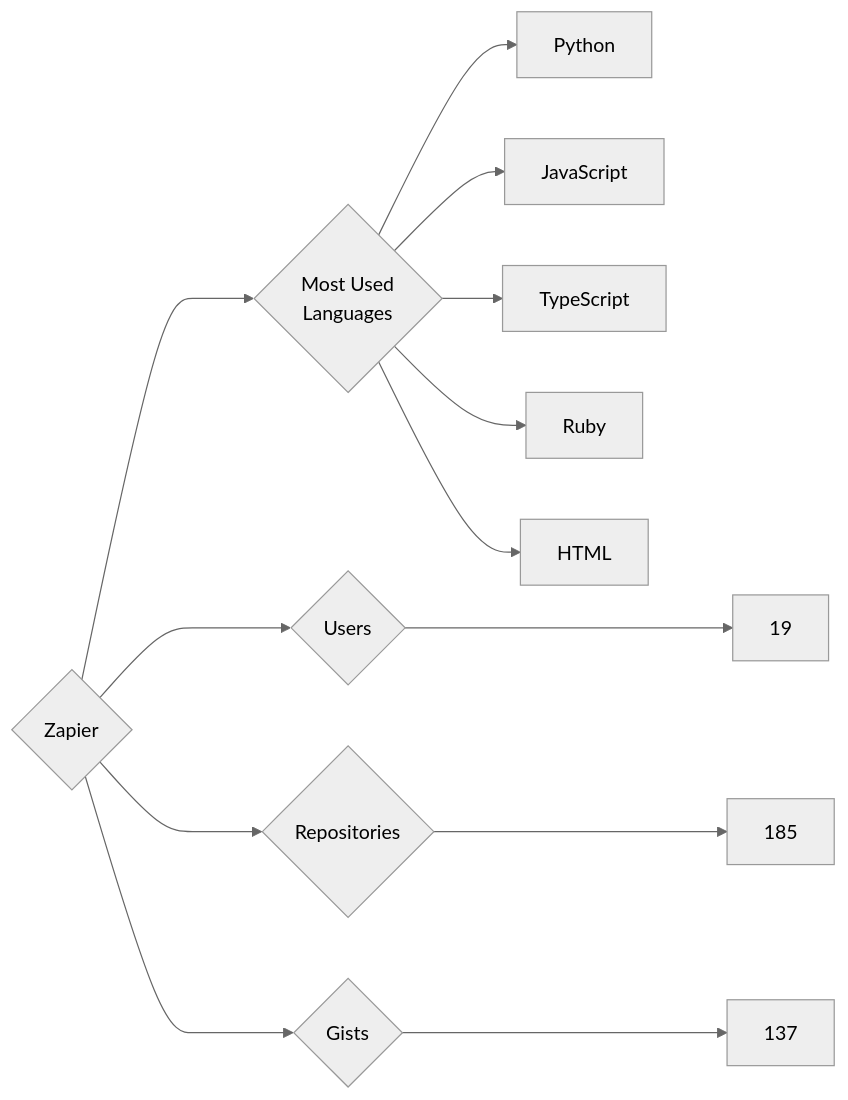
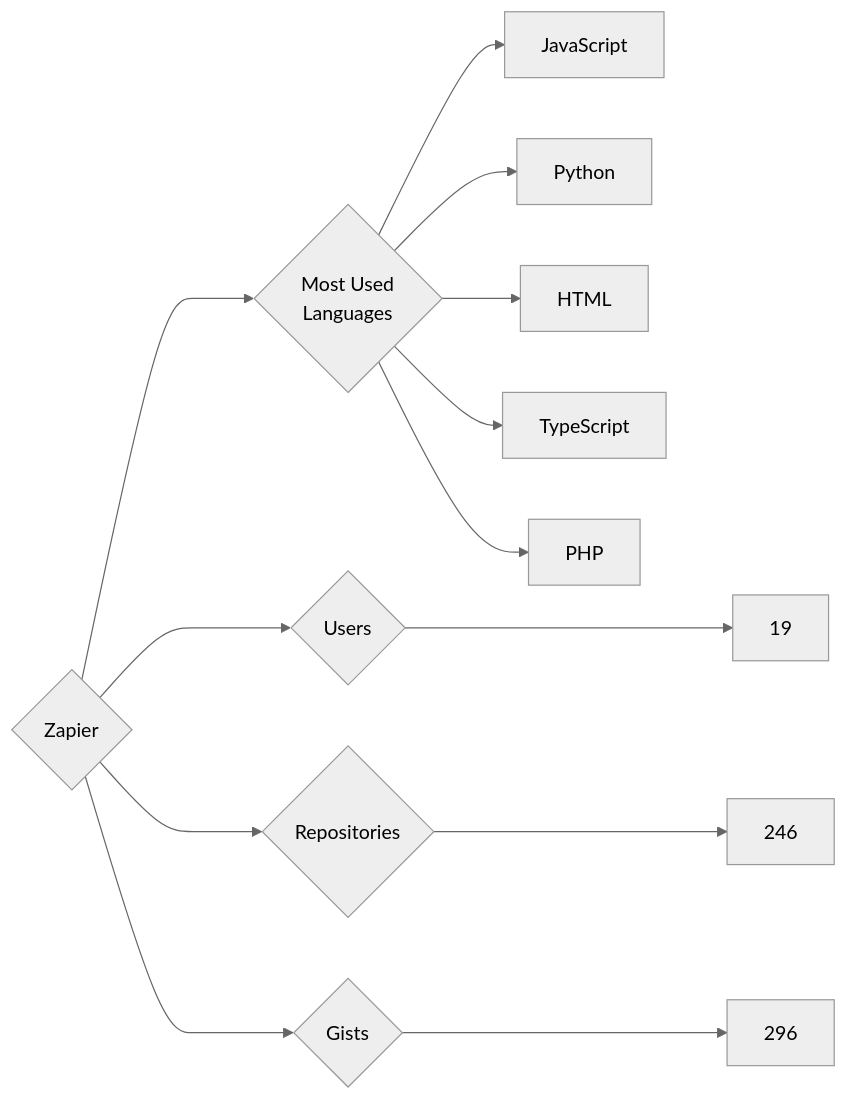
The diagram in targets/Zapier/README.md (trickest/insiders), drawn with Mermaid (neutral theme) before and after one commit. The commit also changed 939 other files, not shown here.

````diff
--- a/targets/Zapier/README.md
+++ b/targets/Zapier/README.md
@@ -3,13 +3,13 @@
 ```mermaid
 graph LR
 COMPANY_NAME{Zapier}
 COMPANY_NAME ---> U{Users} ---> UN[19]
-COMPANY_NAME ---> R{Repositories} ---> RN[185]
-COMPANY_NAME ---> G{Gists} ---> GN[137]
+COMPANY_NAME ---> R{Repositories} ---> RN[246]
+COMPANY_NAME ---> G{Gists} ---> GN[296]
 COMPANY_NAME ---> ML{Most Used<br>Languages}
+ML --> JavaScript[JavaScript]
 ML --> Python[Python]
-ML --> JavaScript[JavaScript]
+ML --> HTML[HTML]
 ML --> TypeScript[TypeScript]
-ML --> Ruby[Ruby]
-ML --> HTML[HTML]
+ML --> PHP[PHP]
 ```
````
